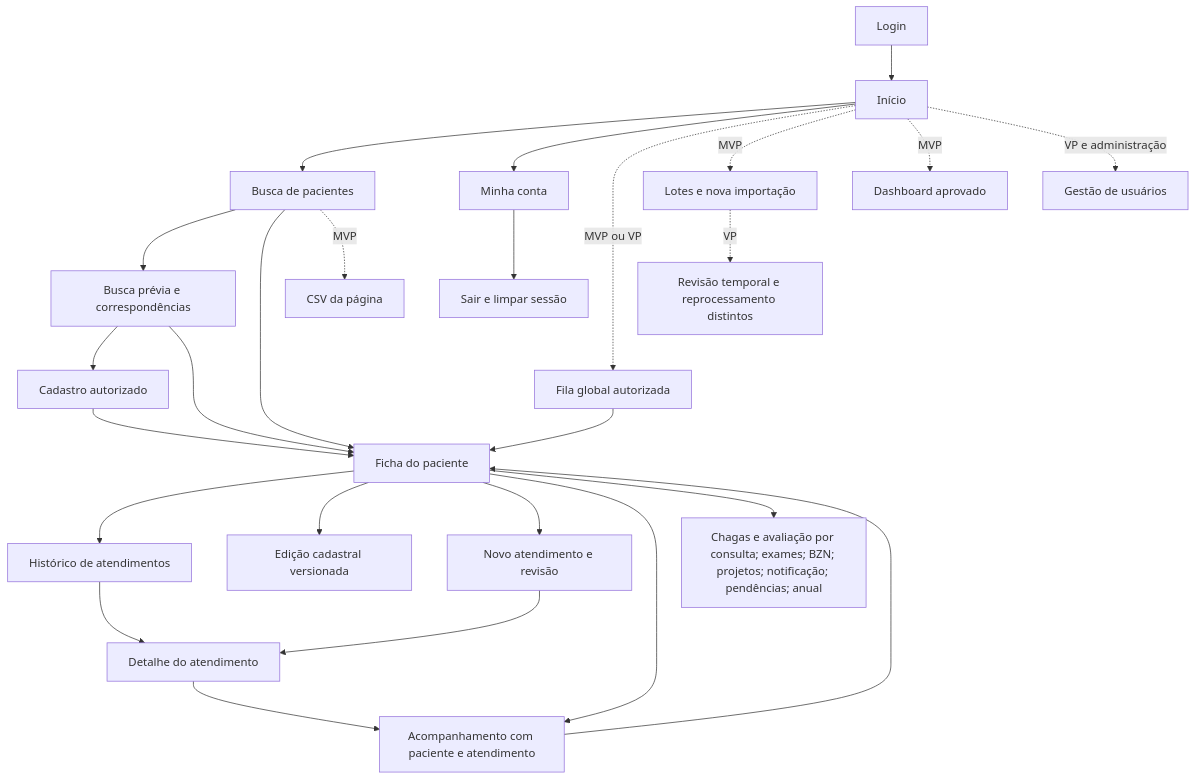
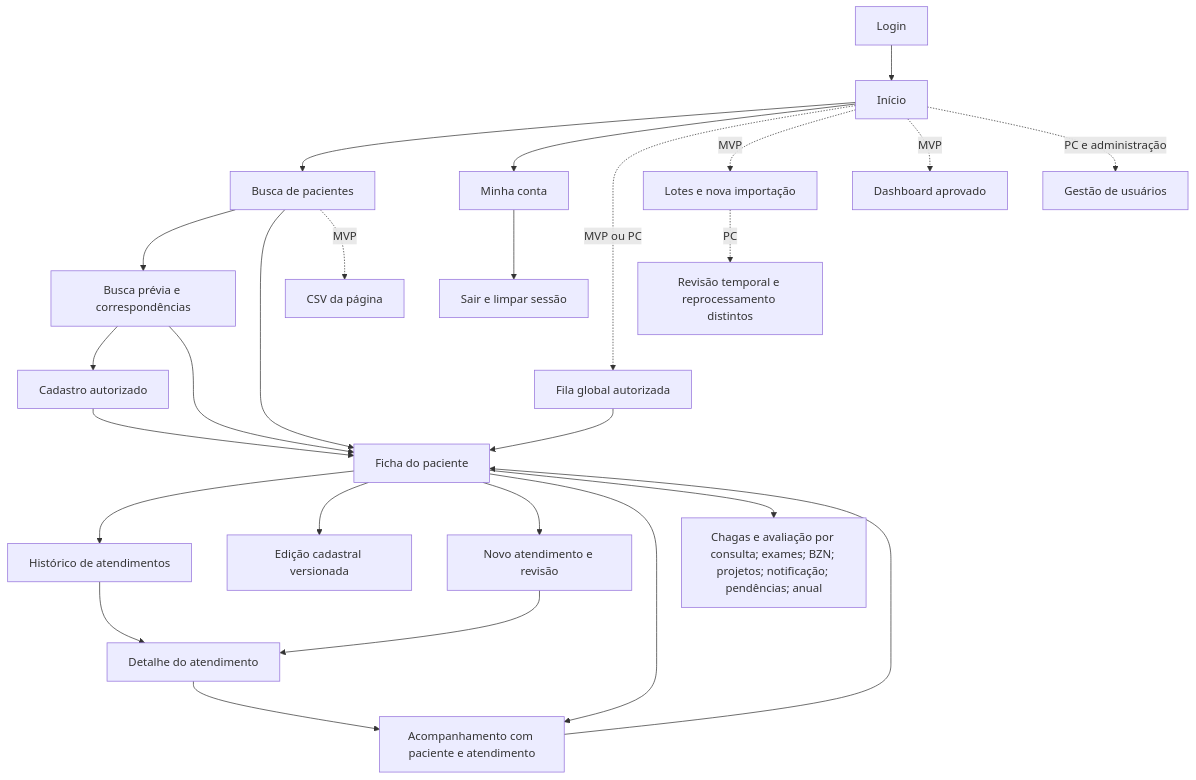
Before and after one commit to thiagorraposo/ambulatorio-santa-casa: the first of 5 diagrams in docs/frontend/VISAO_E_ESPECIFICACAO.md, drawn with Mermaid. The commit also changed other lines of this file and 17 other files, not shown here.

````diff
--- a/docs/frontend/VISAO_E_ESPECIFICACAO.md
+++ b/docs/frontend/VISAO_E_ESPECIFICACAO.md
@@ -421,28 +432,28 @@
 ```mermaid
 flowchart TD
   L[Login] --> I[Início]
   I --> P[Busca de pacientes]
   I --> C[Minha conta]
   P --> B[Busca prévia e correspondências]
   B --> N[Cadastro autorizado]
   B --> F[Ficha do paciente]
   N --> F
   P --> F
   F --> H[Histórico de atendimentos]
   H --> A[Detalhe do atendimento]
   F --> E[Edição cadastral versionada]
   F --> T[Novo atendimento e revisão]
   T --> A
   A --> O[Acompanhamento com paciente e atendimento]
   F --> O
   O --> F
   F --> M[Chagas e avaliação por consulta; exames; BZN; projetos; notificação; pendências; anual]
-  I -. MVP ou VP .-> Q[Fila global autorizada]
+  I -. MVP ou PC .-> Q[Fila global autorizada]
   Q --> F
   I -. MVP .-> IM[Lotes e nova importação]
-  IM -. VP .-> RT[Revisão temporal e reprocessamento distintos]
+  IM -. PC .-> RT[Revisão temporal e reprocessamento distintos]
   I -. MVP .-> D[Dashboard aprovado]
   P -. MVP .-> X[CSV da página]
-  I -. VP e administração .-> U[Gestão de usuários]
+  I -. PC e administração .-> U[Gestão de usuários]
   C --> S[Sair e limpar sessão]
 ```
````
